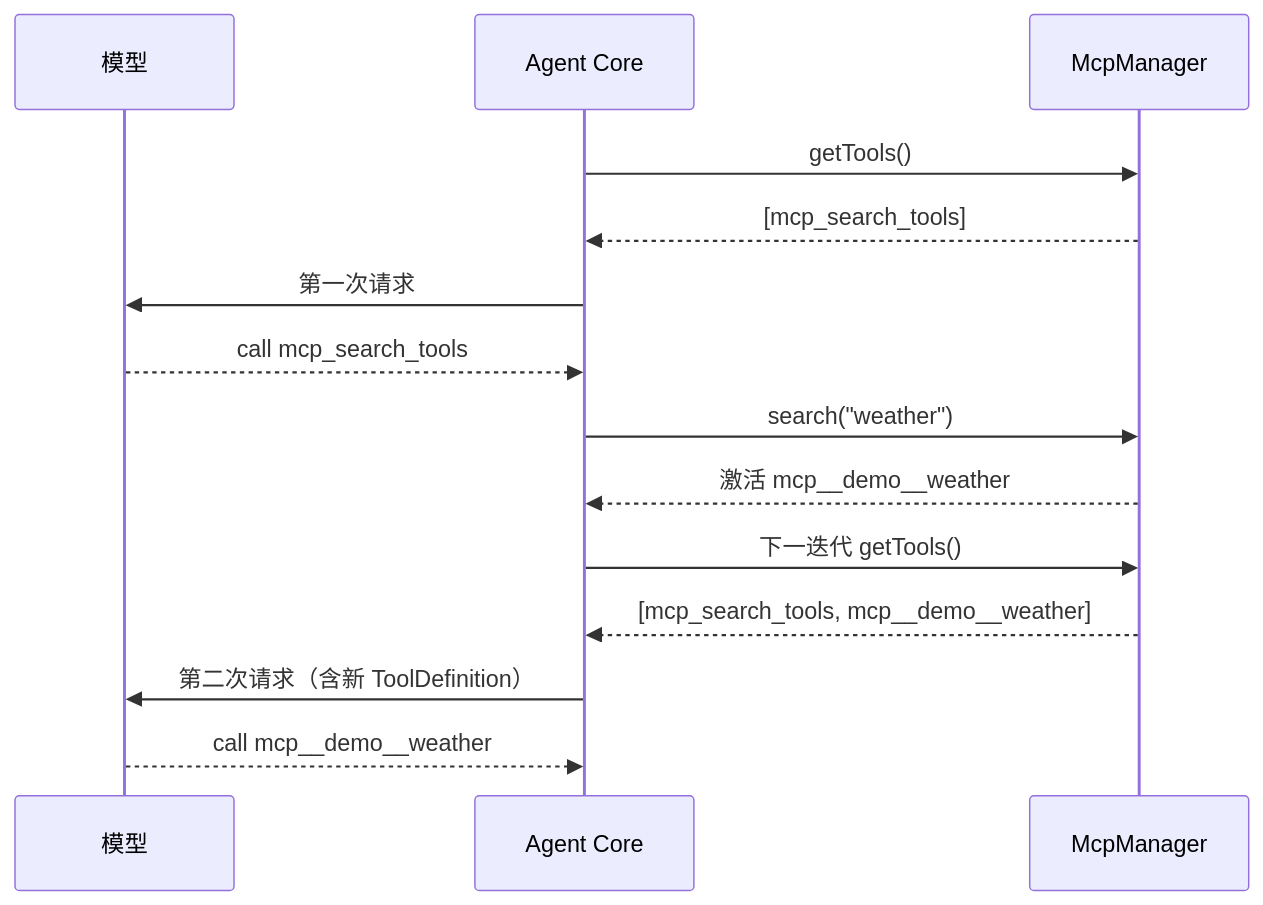
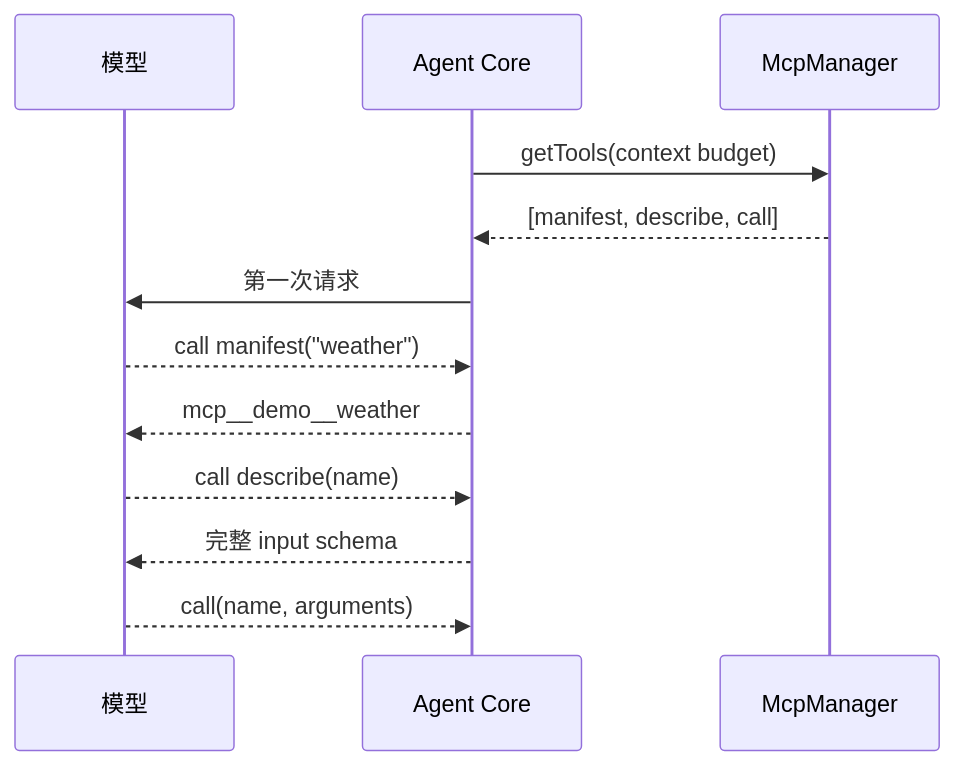
The third of 4 diagrams in docs/technical-implementation/extensions.md (zxt6991-source/jojo-agent), drawn with Mermaid before and after one commit. The commit also changed other lines of this file and 24 other files, not shown here.

````diff
--- a/docs/technical-implementation/extensions.md
+++ b/docs/technical-implementation/extensions.md
@@ -507,16 +512,14 @@
 ```mermaid
 sequenceDiagram
     participant Model as 模型
     participant Core as Agent Core
     participant Catalog as McpManager
-    Core->>Catalog: getTools()
-    Catalog-->>Core: [mcp_search_tools]
+    Core->>Catalog: getTools(context budget)
+    Catalog-->>Core: [manifest, describe, call]
     Core->>Model: 第一次请求
-    Model-->>Core: call mcp_search_tools
-    Core->>Catalog: search("weather")
-    Catalog-->>Core: 激活 mcp__demo__weather
-    Core->>Catalog: 下一迭代 getTools()
-    Catalog-->>Core: [mcp_search_tools, mcp__demo__weather]
-    Core->>Model: 第二次请求（含新 ToolDefinition）
-    Model-->>Core: call mcp__demo__weather
+    Model-->>Core: call manifest("weather")
+    Core-->>Model: mcp__demo__weather
+    Model-->>Core: call describe(name)
+    Core-->>Model: 完整 input schema
+    Model-->>Core: call(name, arguments)
 ```
````
